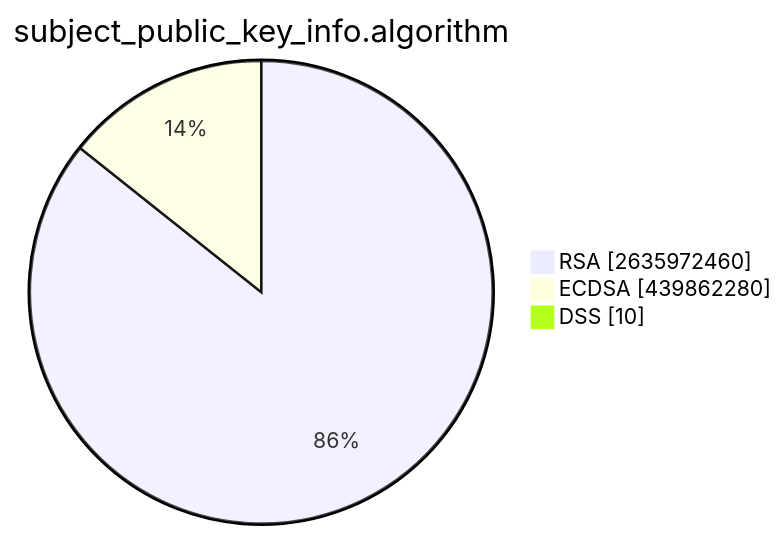
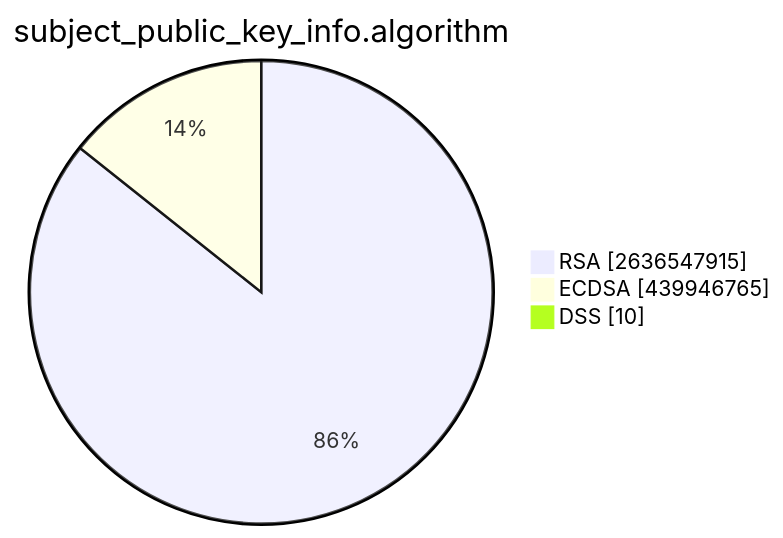
One commit to christiankrug/ctmonitor_visualization changed the second of 15 diagrams in TOTAL/README.md. Above: the diagram before and after it, drawn with Mermaid. The commit also changed other lines of this file, not shown here.

````diff
--- a/TOTAL/README.md
+++ b/TOTAL/README.md
@@ -6,7 +6,7 @@
 ```mermaid
 pie showData
 title subject_public_key_info.algorithm
-"RSA" :2635972460
-"ECDSA" :439862280
+"RSA" :2636547915
+"ECDSA" :439946765
 "DSS" :10
 ```
````
